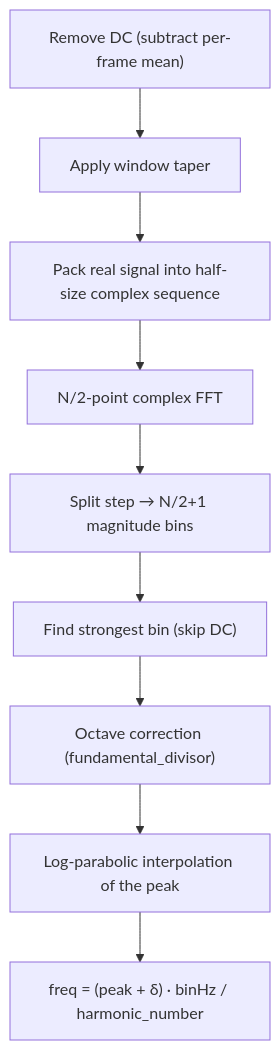
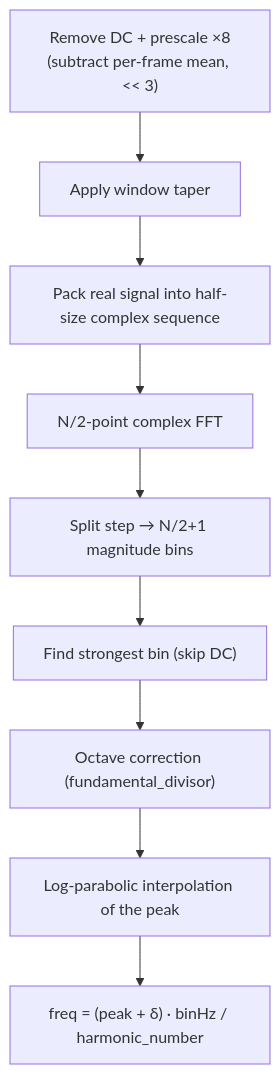
The second of 3 diagrams in docs/signal-processing.md (dwzg/Tuna), drawn with Mermaid before and after one commit. The commit also changed other lines of this file and 11 other files, not shown here.

````diff
--- a/docs/signal-processing.md
+++ b/docs/signal-processing.md
@@ -131,11 +143,11 @@
 ```mermaid
 flowchart TD
-    A["Remove DC (subtract per-frame mean)"] --> B["Apply window taper"]
+    A["Remove DC + prescale ×8<br/>(subtract per-frame mean, << 3)"] --> B["Apply window taper"]
     B --> C["Pack real signal into half-size complex sequence"]
     C --> D["N/2-point complex FFT"]
     D --> E["Split step → N/2+1 magnitude bins"]
     E --> F["Find strongest bin (skip DC)"]
     F --> G["Octave correction (fundamental_divisor)"]
     G --> H["Log-parabolic interpolation of the peak"]
     H --> I["freq = (peak + δ) · binHz / harmonic_number"]
 ```
````
